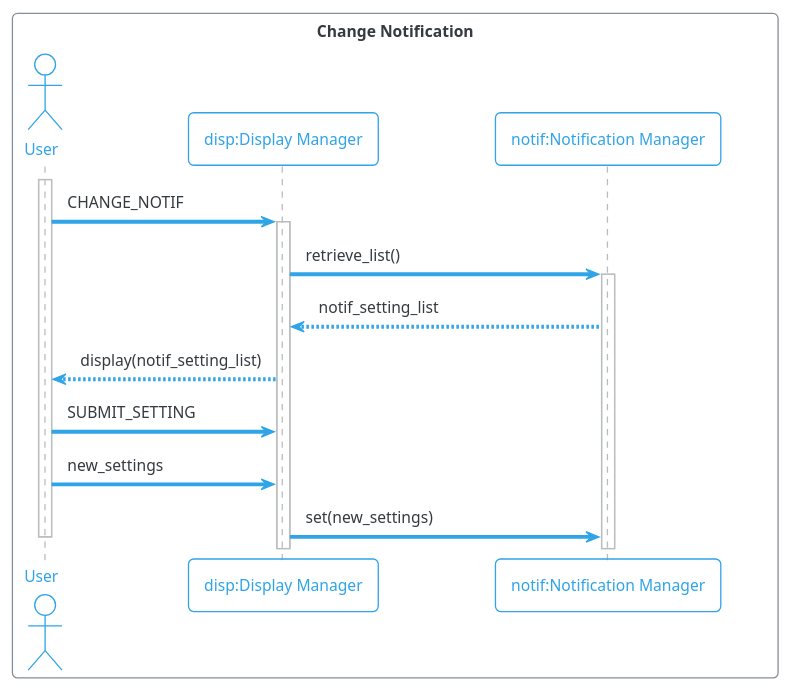
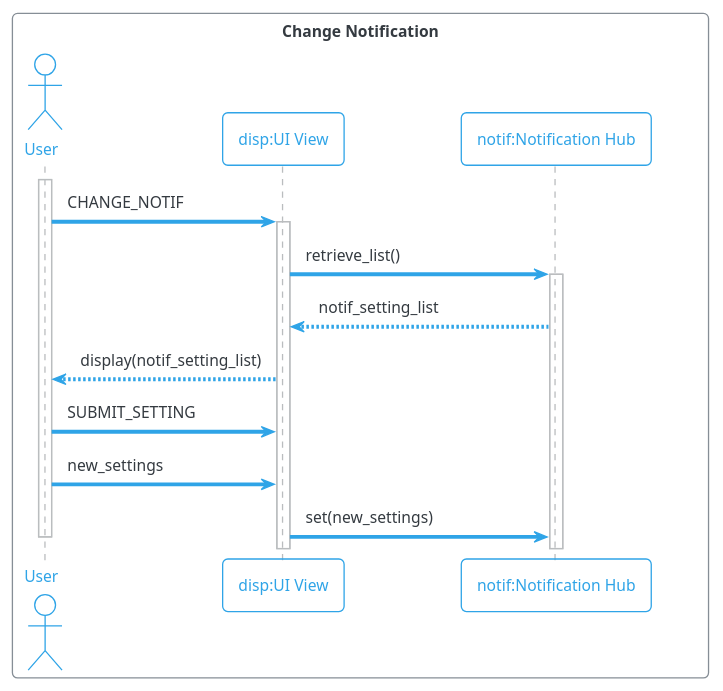
Before and after one commit to md-y/3354-splitsquad: the diagram in Sequence Diagrams/Profile/ChangeNotification.puml, drawn with PlantUML. The commit also changed 39 other files, not shown here.

Commit message:
Fixed Sequence Diagram to add Database, Controller, and UI

```diff
--- a/Sequence Diagrams/Profile/ChangeNotification.puml
+++ b/Sequence Diagrams/Profile/ChangeNotification.puml
@@ -1,17 +1,17 @@
 @startuml change_notif
 !theme cerulean-outline
 box "Change Notification"
 actor "User" as user
-participant "disp:Display Manager" as disp
-participant "notif:Notification Manager" as notif
+participant "disp:UI View" as disp
+participant "notif:Notification Hub" as notif
 end box
 activate user
 user -> disp ++ : CHANGE_NOTIF
 disp -> notif ++ : retrieve_list()
 notif --> disp : notif_setting_list
 disp --> user : display(notif_setting_list)
 user -> disp : SUBMIT_SETTING
 user -> disp : new_settings
 disp -> notif : set(new_settings)
 deactivate user
 @enduml
```
